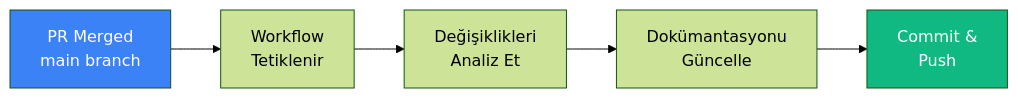
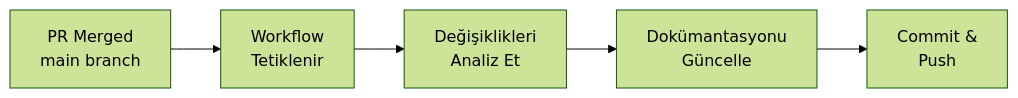
One commit to IzzetYasinAtes/ClaudeCodeHandbook changed the third of 7 diagrams in 16-cicd-ve-devops/05-otomasyon-tarifleri.md. Above: the diagram before and after it, drawn with Mermaid (forest theme). The commit also changed other lines of this file and 97 other files, not shown here.

Commit message:
Remove all custom Mermaid style/fill colors from 98 markdown files for consistent dark theme rendering

````diff
--- a/16-cicd-ve-devops/05-otomasyon-tarifleri.md
+++ b/16-cicd-ve-devops/05-otomasyon-tarifleri.md
@@ -173,10 +166,8 @@
 ```mermaid
 flowchart LR
     PR["PR Merged<br/>main branch"] --> TRIG["Workflow<br/>Tetiklenir"]
     TRIG --> ANALYZE["Değişiklikleri<br/>Analiz Et"]
     ANALYZE --> UPDATE["Dokümantasyonu<br/>Güncelle"]
     UPDATE --> COMMIT["Commit &<br/>Push"]
 
-    style PR fill:#3B82F6,color:#fff
-    style COMMIT fill:#10B981,color:#fff
 ```
````
